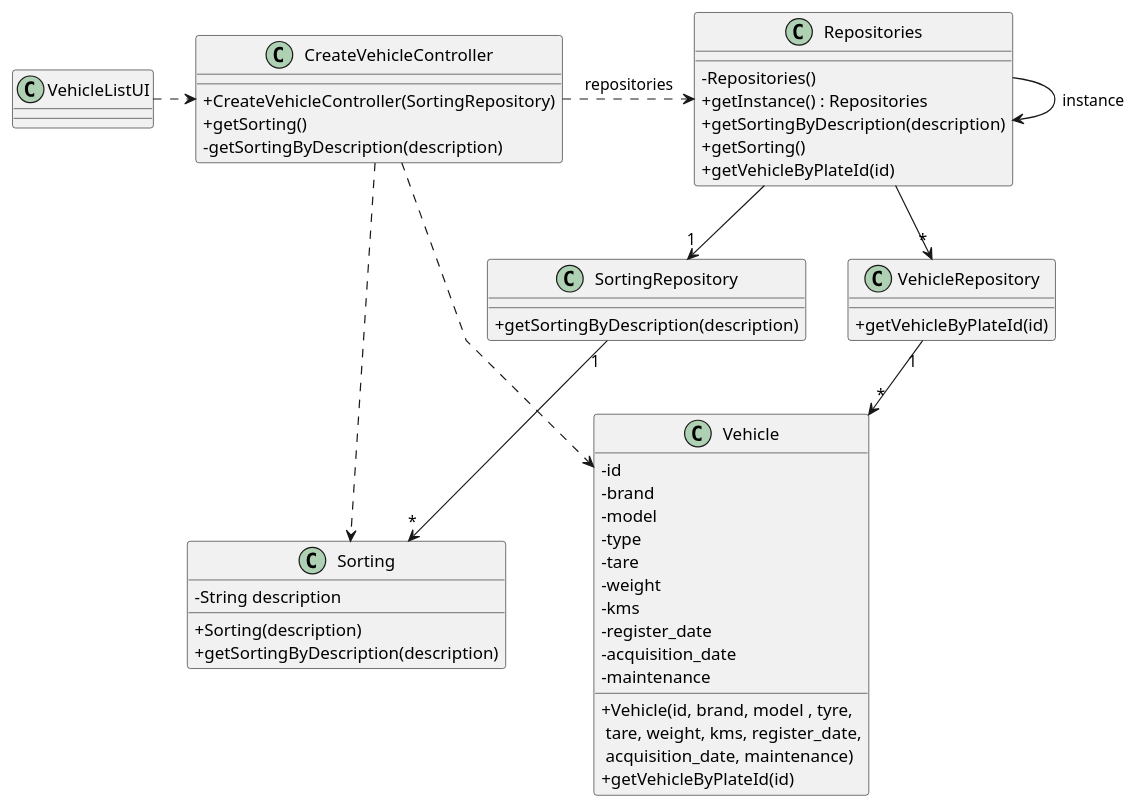
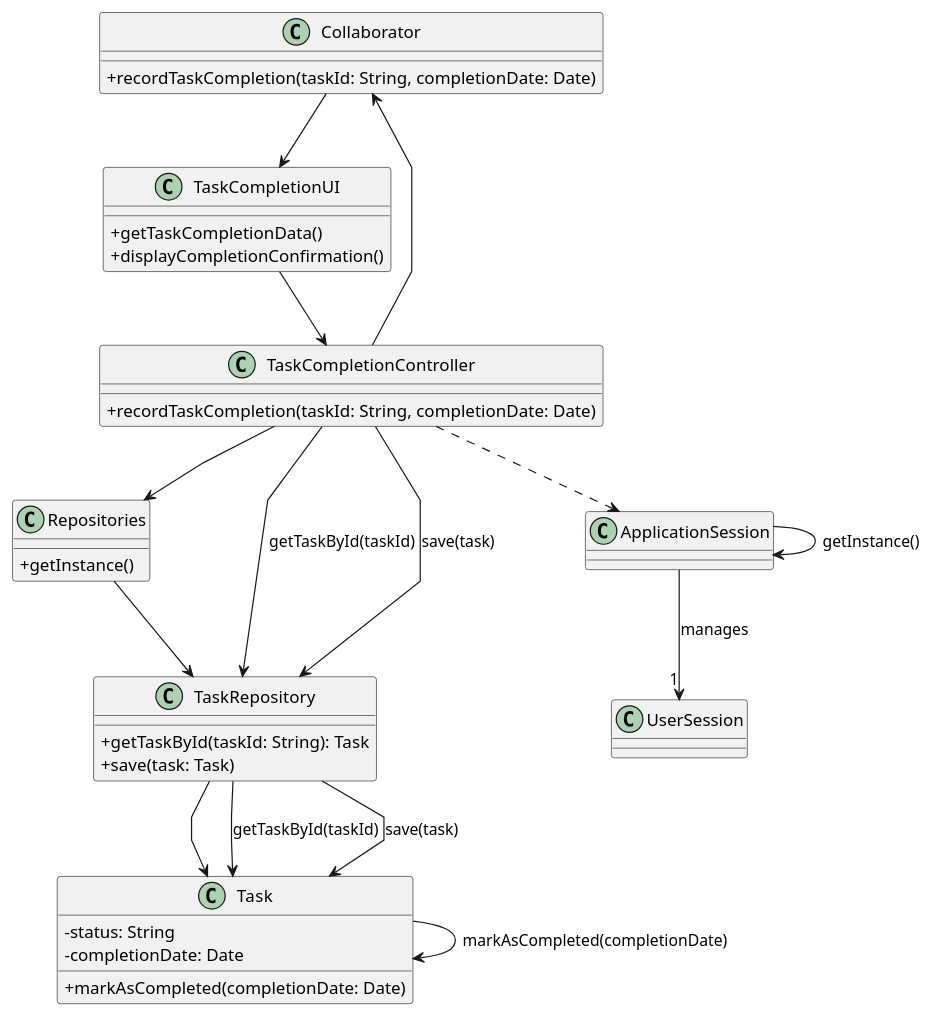
One commit to rpedros02/lei-24-s2-1DL-g08 changed the diagram in docs/sprintC/us029/03.design/puml/us029-class-diagram.puml. Above: the diagram before and after it, drawn with PlantUML. The commit also changed 8 other files, not shown here.

```diff
--- a/docs/sprintC/us029/03.design/puml/us029-class-diagram.puml
+++ b/docs/sprintC/us029/03.design/puml/us029-class-diagram.puml
@@ -1,76 +1,54 @@
 @startuml
-'skinparam monochrome true
 skinparam packageStyle rectangle
 skinparam shadowing false
 skinparam linetype polyline
-'skinparam linetype orto
-
 skinparam classAttributeIconSize 0
 
-'left to right direction
-
-
-class Vehicle {
-    - id
-    - brand
-    - model
-    - type
-    - tare
-    - weight
-    - kms
-    - register_date
-    - acquisition_date
-    - maintenance
-
-    + Vehicle(id, brand, model , tyre,\n tare, weight, kms, register_date,\n acquisition_date, maintenance)
-    + getVehicleByPlateId(id)
+class Collaborator {
+    + recordTaskCompletion(taskId: String, completionDate: Date)
 }
 
-class Sorting {
-    - String description
-
-    + Sorting(description)
-    + getSortingByDescription(description)
+class TaskCompletionUI {
+    + getTaskCompletionData()
+    + displayCompletionConfirmation()
 }
 
-class SortingRepository {
-    + getSortingByDescription(description)
-}
-
-class VehicleRepository {
-    + getVehicleByPlateId(id)
+class TaskCompletionController {
+    + recordTaskCompletion(taskId: String, completionDate: Date)
 }
 
 class Repositories {
-    - Repositories()
-    + getInstance() : Repositories
-    + getSortingByDescription(description)
-    + getSorting()
-    + getVehicleByPlateId(id)
+    + getInstance()
 }
 
-
-class VehicleListUI {
+class TaskRepository {
+    + getTaskById(taskId: String): Task
+    + save(task: Task)
 }
 
-class CreateVehicleController {
-    + CreateVehicleController(SortingRepository)
-    + getSorting()
-    - getSortingByDescription(description)
+class Task {
+    - status: String
+    - completionDate: Date
+    + markAsCompleted(completionDate: Date)
 }
 
-VehicleListUI .> CreateVehicleController
+ApplicationSession --> ApplicationSession : getInstance()
+ApplicationSession --> "1" UserSession : manages
 
-CreateVehicleController .> Repositories : repositories
+TaskCompletionController --> Collaborator
+TaskCompletionController --> Repositories
+TaskCompletionController ..> ApplicationSession
 
-Repositories -> Repositories : instance
+Collaborator --> TaskCompletionUI
+TaskCompletionUI --> TaskCompletionController
 
-Repositories --> "1" SortingRepository
-Repositories --> "*" VehicleRepository
+Repositories --> TaskRepository
+TaskRepository --> Task
 
-VehicleRepository "1" --> "*" Vehicle
-SortingRepository "1" --> "*" Sorting
+TaskCompletionController --> TaskRepository : getTaskById(taskId)
+TaskCompletionController --> TaskRepository : save(task)
+TaskRepository --> Task : getTaskById(taskId)
+TaskRepository --> Task : save(task)
+Task --> Task : markAsCompleted(completionDate)
 
-CreateVehicleController .> Sorting
-CreateVehicleController .> Vehicle
 @enduml
```
